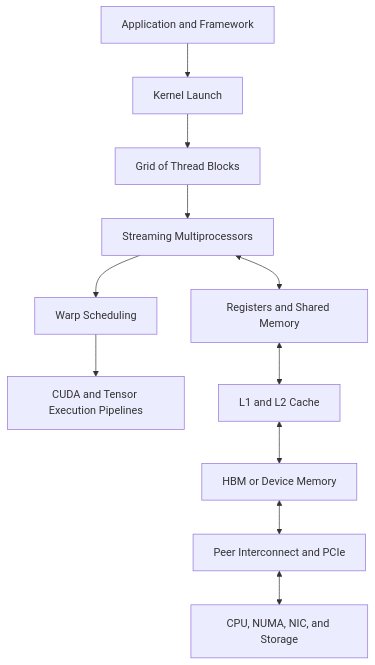
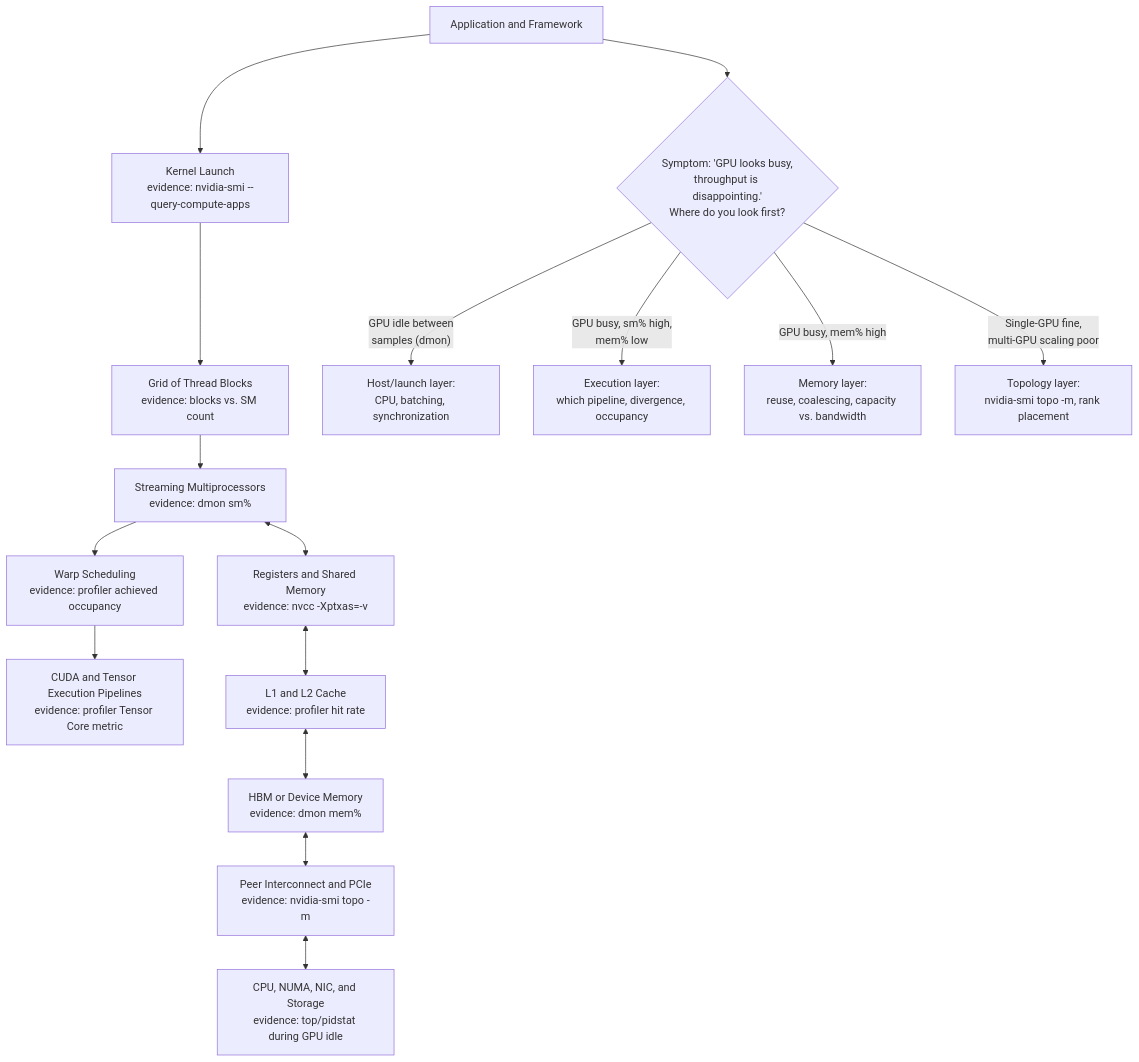
Before and after one commit to jithinpnjm/nvidia-devops: the first of 2 diagrams in docs/nvidia-zero-to-hero/volume-02/chapter-12-volume-02-architecture-summary.md, drawn with Mermaid. The commit also changed other lines of this file, not shown here.

````diff
--- a/docs/nvidia-zero-to-hero/volume-02/chapter-12-volume-02-architecture-summary.md
+++ b/docs/nvidia-zero-to-hero/volume-02/chapter-12-volume-02-architecture-summary.md
@@ -48,19 +48,24 @@
 ```mermaid
 flowchart TD
     App[Application and Framework]
-    Kernel[Kernel Launch]
-    Grid[Grid of Thread Blocks]
-    SM[Streaming Multiprocessors]
-    Warp[Warp Scheduling]
-    Engines[CUDA and Tensor Execution Pipelines]
-    FastMem[Registers and Shared Memory]
-    Cache[L1 and L2 Cache]
-    HBM[HBM or Device Memory]
-    Peer[Peer Interconnect and PCIe]
-    Host[CPU, NUMA, NIC, and Storage]
+    Kernel["Kernel Launch<br/>evidence: nvidia-smi --query-compute-apps"]
+    Grid["Grid of Thread Blocks<br/>evidence: blocks vs. SM count"]
+    SM["Streaming Multiprocessors<br/>evidence: dmon sm%"]
+    Warp["Warp Scheduling<br/>evidence: profiler achieved occupancy"]
+    Engines["CUDA and Tensor Execution Pipelines<br/>evidence: profiler Tensor Core metric"]
+    FastMem["Registers and Shared Memory<br/>evidence: nvcc -Xptxas=-v"]
+    Cache["L1 and L2 Cache<br/>evidence: profiler hit rate"]
+    HBM["HBM or Device Memory<br/>evidence: dmon mem%"]
+    Peer["Peer Interconnect and PCIe<br/>evidence: nvidia-smi topo -m"]
+    Host["CPU, NUMA, NIC, and Storage<br/>evidence: top/pidstat during GPU idle"]
 
     App --> Kernel --> Grid --> SM --> Warp --> Engines
     SM <--> FastMem
     FastMem <--> Cache <--> HBM
     HBM <--> Peer <--> Host
+    App --> Triage{"Symptom: 'GPU looks busy,<br/>throughput is disappointing.'<br/>Where do you look first?"}
+    Triage -->|"GPU idle between<br/>samples (dmon)"| HostLayer["Host/launch layer:<br/>CPU, batching, synchronization"]
+    Triage -->|"GPU busy, sm% high,<br/>mem% low"| ExecLayer["Execution layer:<br/>which pipeline, divergence, occupancy"]
+    Triage -->|"GPU busy, mem% high"| MemLayer["Memory layer:<br/>reuse, coalescing, capacity vs. bandwidth"]
+    Triage -->|"Single-GPU fine,<br/>multi-GPU scaling poor"| TopoLayer["Topology layer:<br/>nvidia-smi topo -m, rank placement"]
 ```
````
